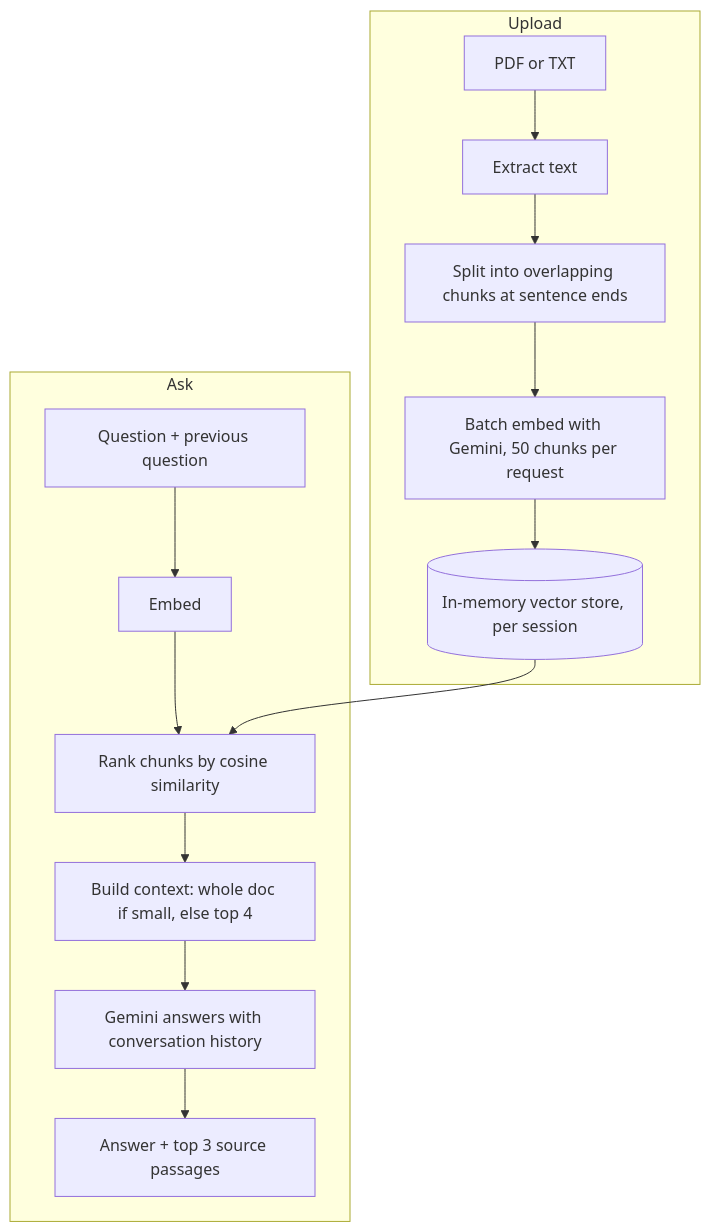
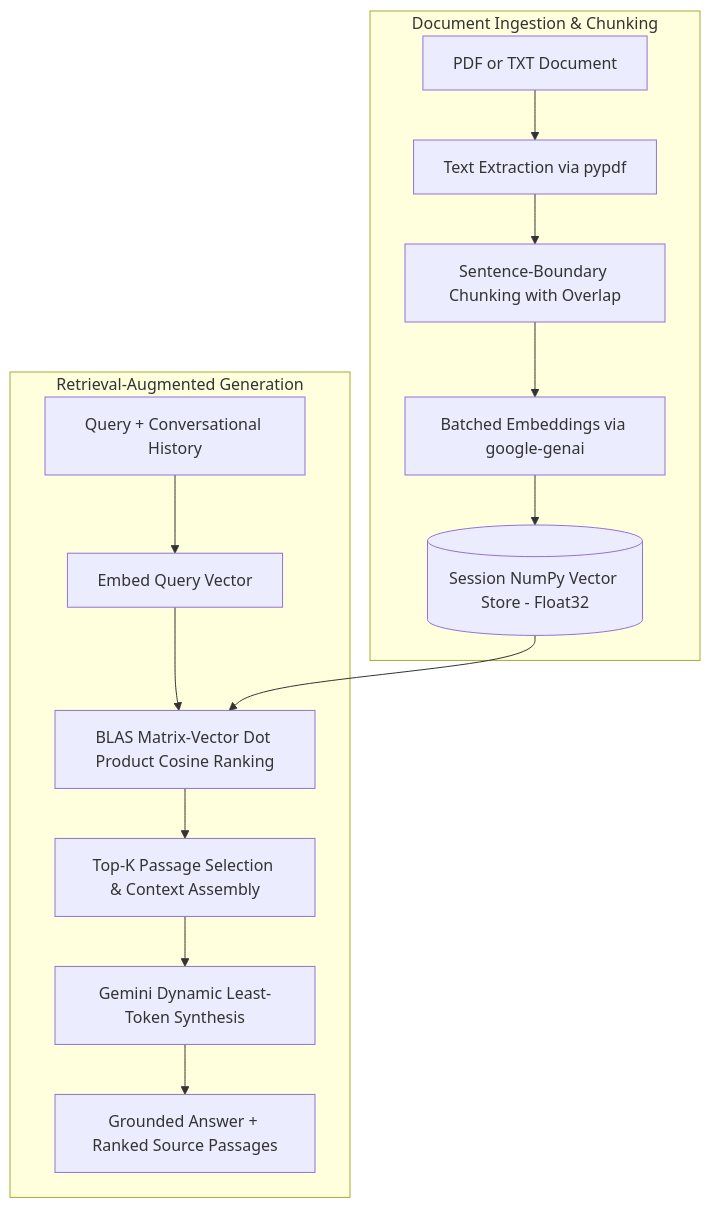
One commit to AnandPabbineedi/rag-gemini-chatbot changed the diagram in README.md. Above: the diagram before and after it, drawn with Mermaid. The commit also changed other lines of this file and 38 other files, not shown here.

Commit message:
Refactor backend from Node.js to Python FastAPI with NumPy vector store, Pydantic v2 schemas, and Pytest suite

````diff
--- a/README.md
+++ b/README.md
@@ -22,17 +23,17 @@
 ```mermaid
 flowchart TB
-    subgraph Upload
-        U1[PDF or TXT] --> U2[Extract text]
-        U2 --> U3[Split into overlapping chunks at sentence ends]
-        U3 --> U4[Batch embed with Gemini, 50 chunks per request]
-        U4 --> U5[(In-memory vector store, per session)]
+    subgraph Upload ["Document Ingestion & Chunking"]
+        U1[PDF or TXT Document] --> U2[Text Extraction via pypdf]
+        U2 --> U3[Sentence-Boundary Chunking with Overlap]
+        U3 --> U4[Batched Embeddings via google-genai]
+        U4 --> U5[(Session NumPy Vector Store - Float32)]
     end
-    subgraph Ask
-        Q1[Question + previous question] --> Q2[Embed]
-        Q2 --> Q3[Rank chunks by cosine similarity]
+    subgraph Ask ["Retrieval-Augmented Generation"]
+        Q1[Query + Conversational History] --> Q2[Embed Query Vector]
+        Q2 --> Q3[BLAS Matrix-Vector Dot Product Cosine Ranking]
         U5 --> Q3
-        Q3 --> Q4[Build context: whole doc if small, else top 4]
-        Q4 --> Q5[Gemini answers with conversation history]
-        Q5 --> Q6[Answer + top 3 source passages]
+        Q3 --> Q4[Top-K Passage Selection & Context Assembly]
+        Q4 --> Q5[Gemini Dynamic Least-Token Synthesis]
+        Q5 --> Q6[Grounded Answer + Ranked Source Passages]
     end
 ```
````
